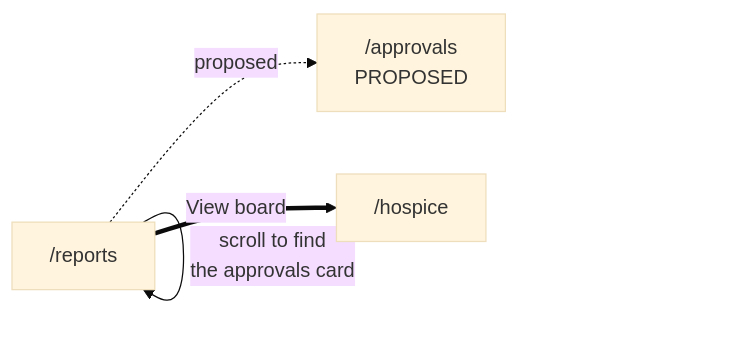
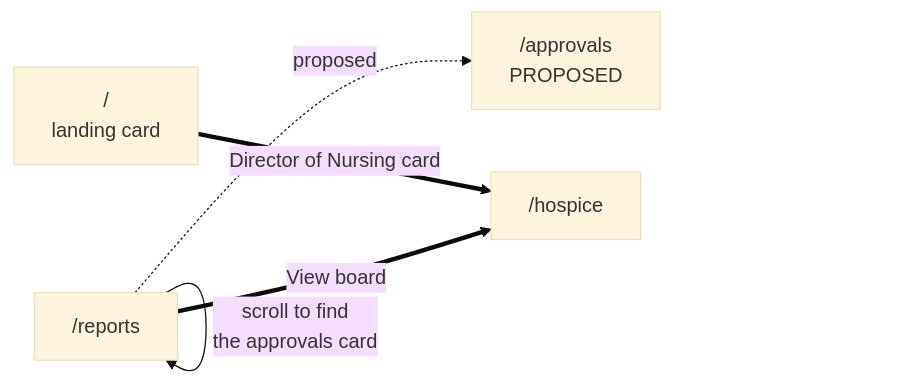
Before and after one commit to kr3wangel/betterrx-hackathon-2026: the fourth of 6 diagrams in docs/UX-FLOWS.md, drawn with Mermaid (base theme). The commit also changed other lines of this file and 9 other files, not shown here.

````diff
--- a/docs/UX-FLOWS.md
+++ b/docs/UX-FLOWS.md
@@ -223,9 +267,11 @@
 ```mermaid
 graph LR
+  L["/<br/>landing card"]
   A["/reports"]
   B["/approvals<br/>PROPOSED"]
   C["/hospice"]
+  L ==>|"Director of Nursing card"| C
   A -->|"scroll to find<br/>the approvals card"| A
   A ==>|"View board"| C
   A -.->|"proposed"| B
 ```
````
